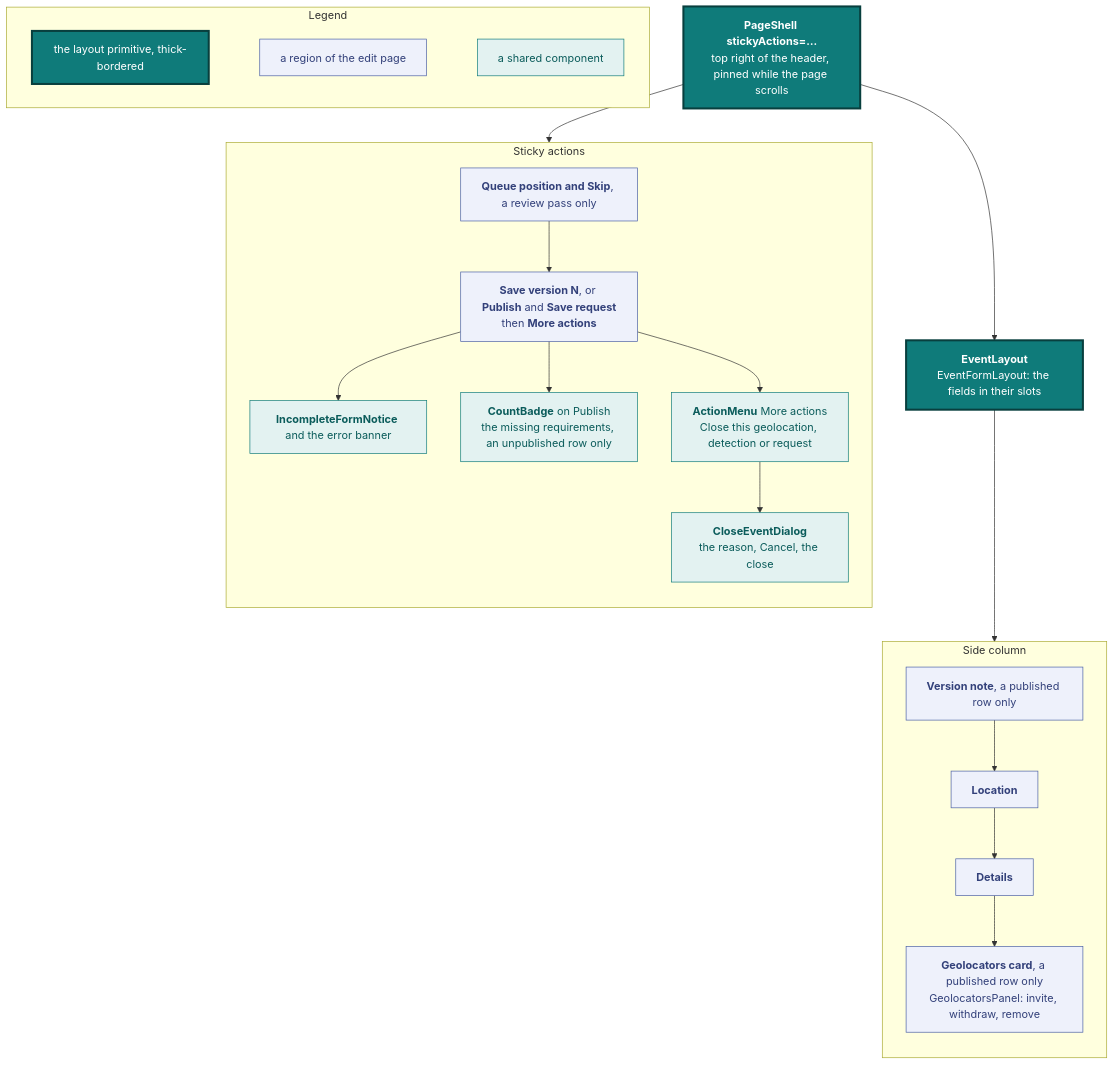
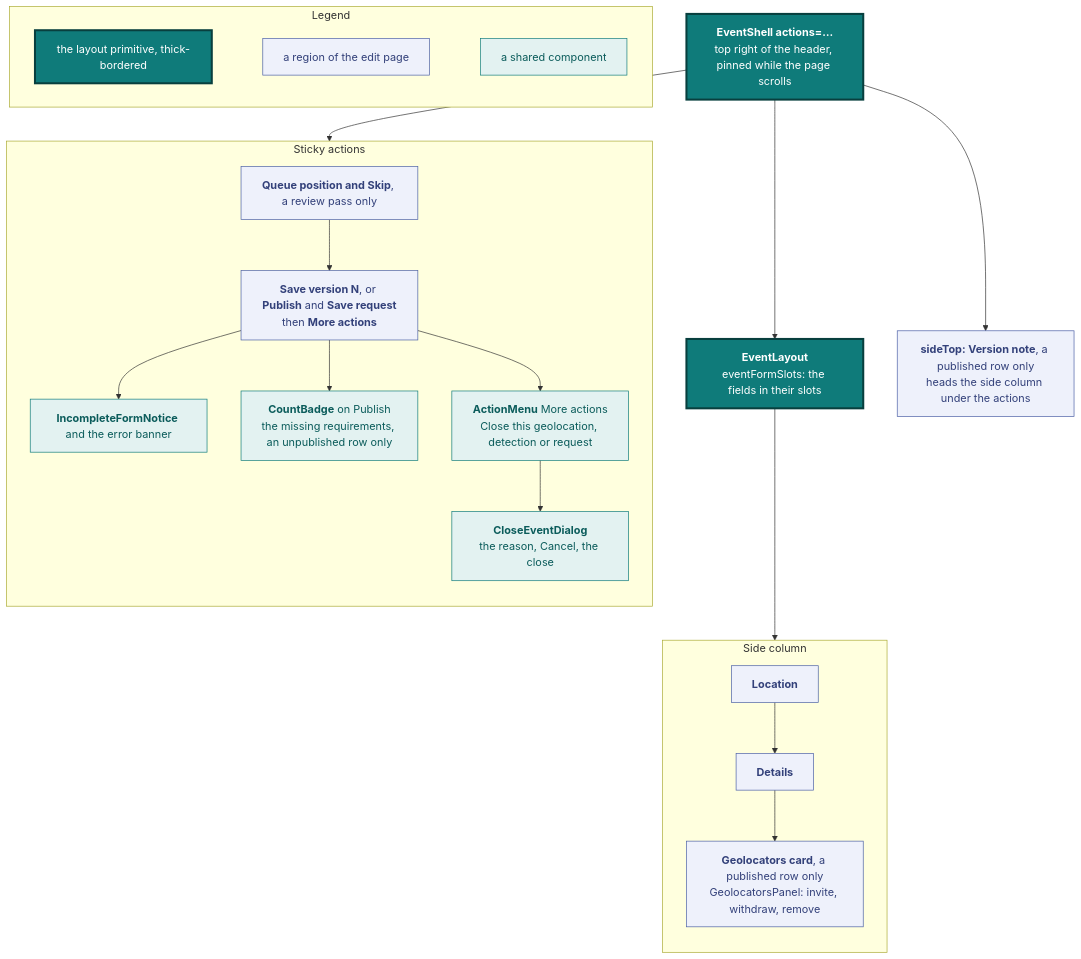
One commit to vidithq/vidit changed diagram 11 of 15 in docs/design.md. Above: the diagram before and after it, drawn with Mermaid. The commit also changed other lines of this file and 17 other files, not shown here.

First line of the commit message:
feat(frontend): build the event page and forms on one EventShell

````diff
--- a/docs/design.md
+++ b/docs/design.md
@@ -1014,49 +1033,52 @@
 ```mermaid
 flowchart TB
   classDef spec fill:#eef1fb,stroke:#4a5fa5,color:#33417a
   classDef shared fill:#e3f2f1,stroke:#0f7b7a,color:#0b5c5b
   classDef core fill:#0f7b7a,stroke:#083f3e,stroke-width:3px,color:#ffffff
 
   subgraph legend [Legend]
     direction LR
     l1["`the layout primitive, thick-bordered`"]:::core
     l2["`a region of the edit page`"]:::spec
     l3["`a shared component`"]:::shared
     l1 ~~~ l2 ~~~ l3
   end
 
-  shell["`**PageShell stickyActions=…**
+  shell["`**EventShell actions=…**
   top right of the header, pinned while the page scrolls`"]:::core
   layout["`**EventLayout**
-  EventFormLayout: the fields in their slots`"]:::core
+  eventFormSlots: the fields in their slots`"]:::core
 
   subgraph rail [Sticky actions]
     direction TB
     queue["`**Queue position and Skip**, a review pass only`"]:::spec
     actions["`**Save version N**, or **Publish** and **Save request**
     then **More actions**`"]:::spec
     count["`**CountBadge** on Publish
     the missing requirements, an unpublished row only`"]:::shared
     banners["`**IncompleteFormNotice** and the error banner`"]:::shared
     menu["`**ActionMenu** More actions
     Close this geolocation, detection or request`"]:::shared
     dialog["`**CloseEventDialog**
     the reason, Cancel, the close`"]:::shared
     queue --> actions --> banners
     actions --> count
     actions --> menu --> dialog
   end
 
+  note["`**sideTop: Version note**, a published row only
+  heads the side column under the actions`"]:::spec
+
   subgraph side [Side column]
     direction TB
-    note["`**Version note**, a published row only`"]:::spec
     location["`**Location**`"]:::spec
     details["`**Details**`"]:::spec
     credit["`**Geolocators card**, a published row only
     GeolocatorsPanel: invite, withdraw, remove`"]:::spec
-    note --> location --> details --> credit
+    location --> details --> credit
   end
 
   shell --> rail
+  shell --> note
   shell --> layout --> side
 ```
````
